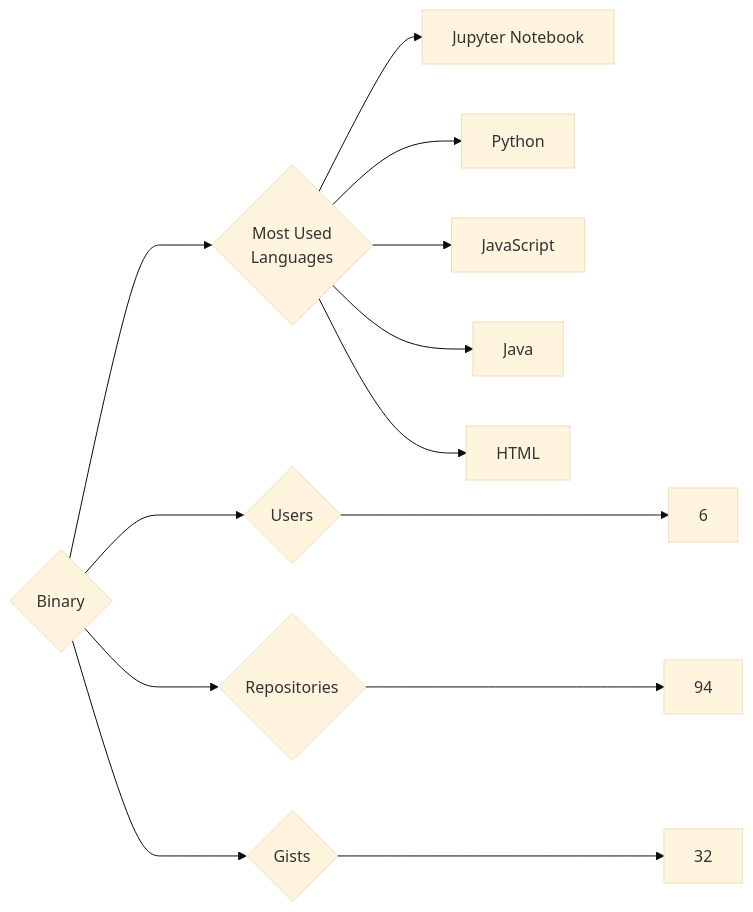
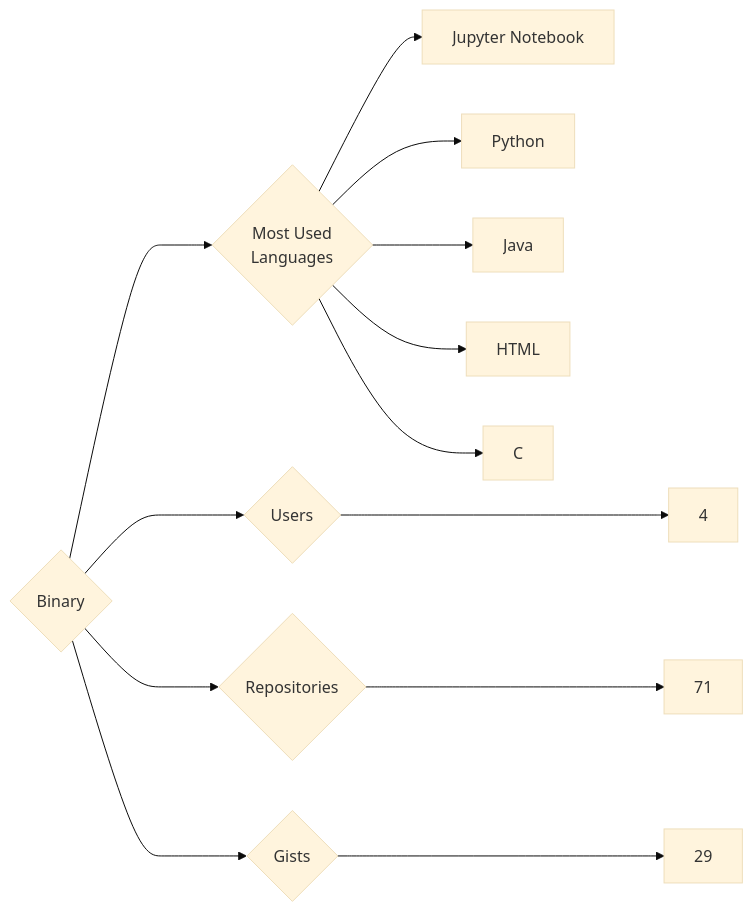
The diagram in targets/Binary/README.md (trickest/insiders), drawn with Mermaid (base theme) before and after one commit. The commit also changed 942 other files, not shown here.

````diff
--- a/targets/Binary/README.md
+++ b/targets/Binary/README.md
@@ -3,13 +3,13 @@
 ```mermaid
 graph LR
 COMPANY_NAME{Binary}
-COMPANY_NAME ---> U{Users} ---> UN[6]
-COMPANY_NAME ---> R{Repositories} ---> RN[94]
-COMPANY_NAME ---> G{Gists} ---> GN[32]
+COMPANY_NAME ---> U{Users} ---> UN[4]
+COMPANY_NAME ---> R{Repositories} ---> RN[71]
+COMPANY_NAME ---> G{Gists} ---> GN[29]
 COMPANY_NAME ---> ML{Most Used<br>Languages}
 ML --> Jupyter_Notebook[Jupyter Notebook]
 ML --> Python[Python]
-ML --> JavaScript[JavaScript]
 ML --> Java[Java]
 ML --> HTML[HTML]
+ML --> C[C]
 ```
````
